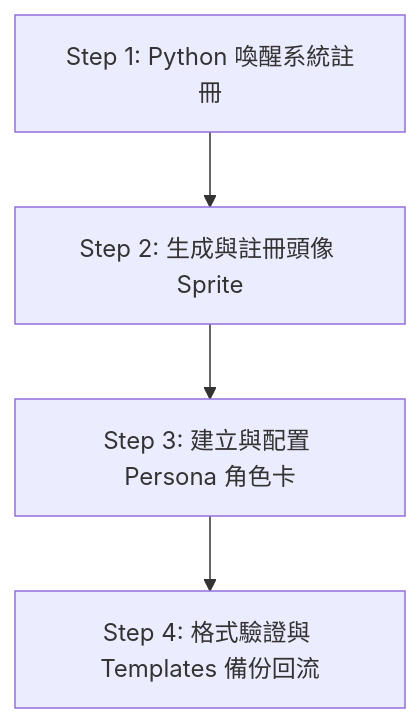
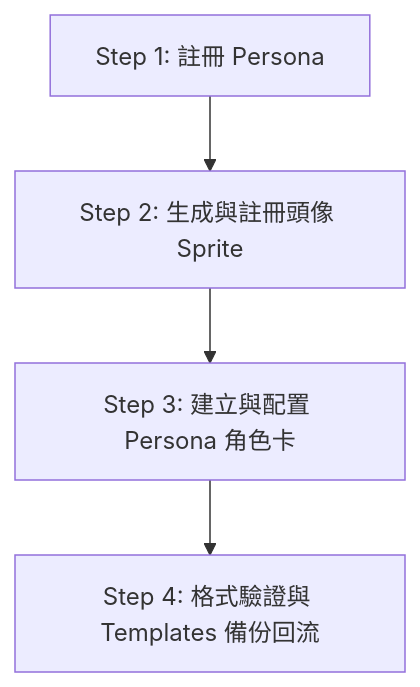
One commit to tim099/UCL_Core changed the diagram in Docs~/zh-Hant/Workflows/Create_Persona_Workflow.md. Above: the diagram before and after it, drawn with Mermaid. The commit also changed other lines of this file and 10 other files, not shown here.

````diff
--- a/Docs~/zh-Hant/Workflows/Create_Persona_Workflow.md
+++ b/Docs~/zh-Hant/Workflows/Create_Persona_Workflow.md
@@ -29,6 +29,6 @@
 ```mermaid
 graph TD
-    A[Step 1: Python 喚醒系統註冊] --> B[Step 2: 生成與註冊頭像 Sprite]
+    A[Step 1: 註冊 Persona] --> B[Step 2: 生成與註冊頭像 Sprite]
     B --> C[Step 3: 建立與配置 Persona 角色卡]
     C --> D[Step 4: 格式驗證與 Templates 備份回流]
 ```
````
